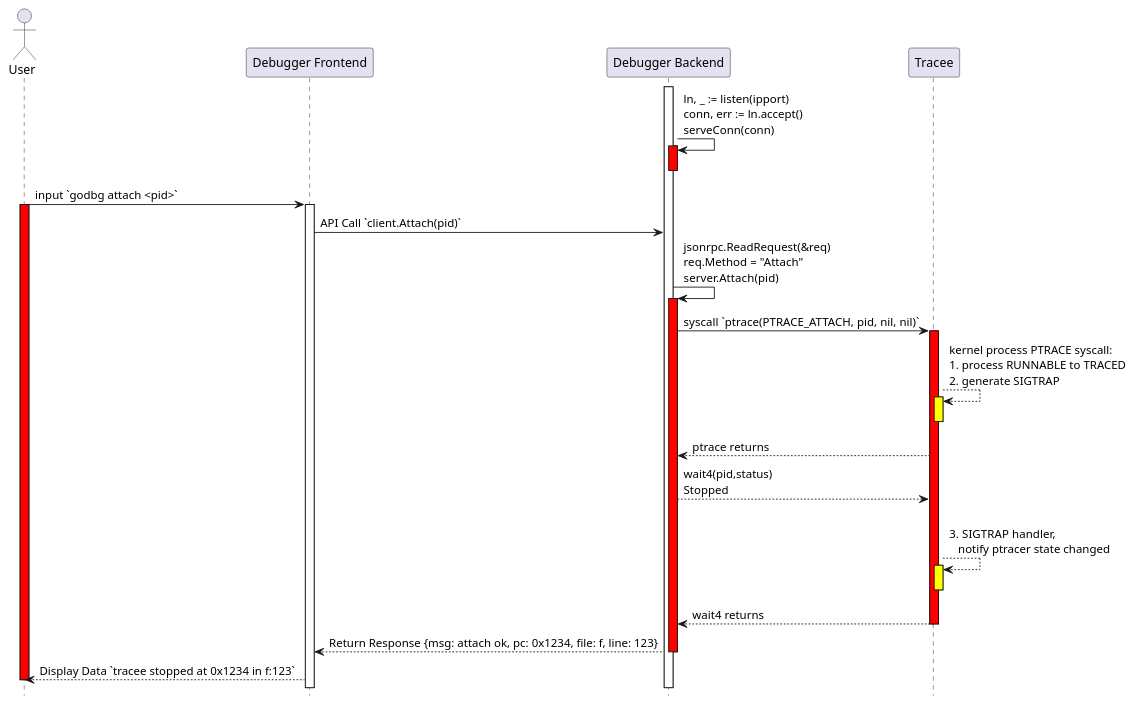
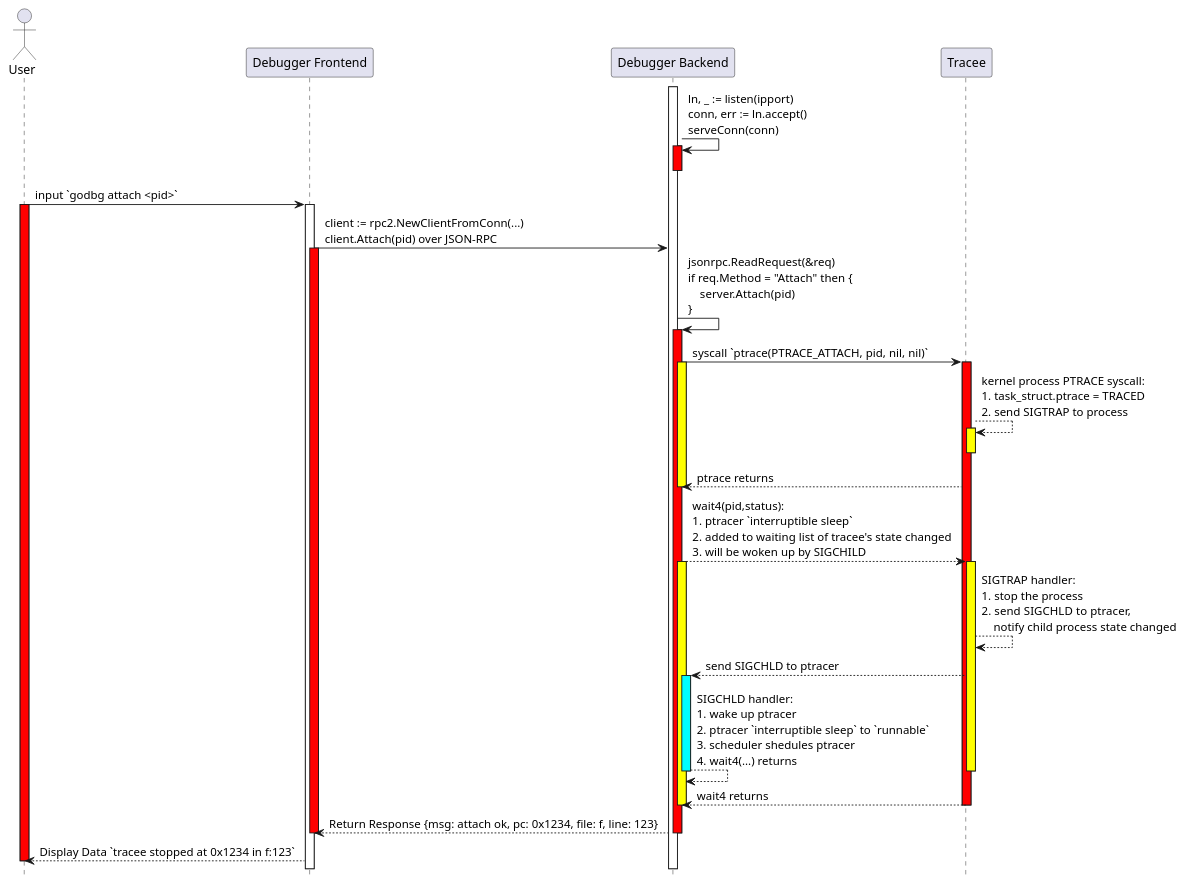
Before and after one commit to hitzhangjie/tinydbg: the diagram in articles/00-how-attach-works.puml, drawn with PlantUML.

Commit message:
tinydbg/articles: fix ptrace internals

```diff
--- a/articles/00-how-attach-works.puml
+++ b/articles/00-how-attach-works.puml
@@ -1,46 +1,58 @@
 @startuml
 
 hide footbox
 
 actor User
 participant "Debugger Frontend" as FE
 participant "Debugger Backend" as BE
 participant "Tracee" as TP
 
 activate BE
 
 BE -> BE: ln, _ := listen(ipport)\nconn, err := ln.accept()\nserveConn(conn)
 activate BE #ff0000
 deactivate BE
 
 
 User -> FE : input `godbg attach <pid>`
 activate User #ff0000
 activate FE
-FE -> BE: API Call `client.Attach(pid)`
-BE -> BE: jsonrpc.ReadRequest(&req)\nreq.Method = "Attach"\nserver.Attach(pid)
+FE -> BE: client := rpc2.NewClientFromConn(...)\nclient.Attach(pid) over JSON-RPC
+activate FE #ff0000
+BE -> BE: jsonrpc.ReadRequest(&req)\nif req.Method = "Attach" then {\n    server.Attach(pid)\n}
 activate BE #ff0000
 
 BE -> TP: syscall `ptrace(PTRACE_ATTACH, pid, nil, nil)`
+activate BE #ffff00
 activate TP #ff0000
-TP --> TP: kernel process PTRACE syscall:\n1. process RUNNABLE to TRACED\n2. generate SIGTRAP
+TP --> TP: kernel process PTRACE syscall:\n1. task_struct.ptrace = TRACED\n2. send SIGTRAP to process
 activate TP #ffff00
 deactivate TP
 TP --> BE: ptrace returns
+deactivate BE
 
-BE --> TP: wait4(pid,status)\nStopped 
+BE --> TP: wait4(pid,status):\n1. ptracer `interruptible sleep`\n2. added to waiting list of tracee's state changed\n3. will be woken up by SIGCHILD
+activate BE #ffff00
 
-TP --> TP: \n3. SIGTRAP handler,\n   notify ptracer state changed
 activate TP #ffff00
+
+TP --> TP: SIGTRAP handler: \n1. stop the process\n2. send SIGCHLD to ptracer, \n    notify child process state changed
+TP --> BE: send SIGCHLD to ptracer
+activate BE #00ffff
+BE --> BE: SIGCHLD handler: \n1. wake up ptracer\n2. ptracer `interruptible sleep` to `runnable`\n3. scheduler shedules ptracer\n4. wait4(...) returns
+deactivate BE
+
 deactivate TP
 
 TP --> BE: wait4 returns
+deactivate BE
 
 deactivate TP
 BE --> FE: Return Response {msg: attach ok, pc: 0x1234, file: f, line: 123}
 deactivate BE
+deactivate FE
 
 FE --> User: Display Data `tracee stopped at 0x1234 in f:123`
 deactivate User
 
 @enduml
```
